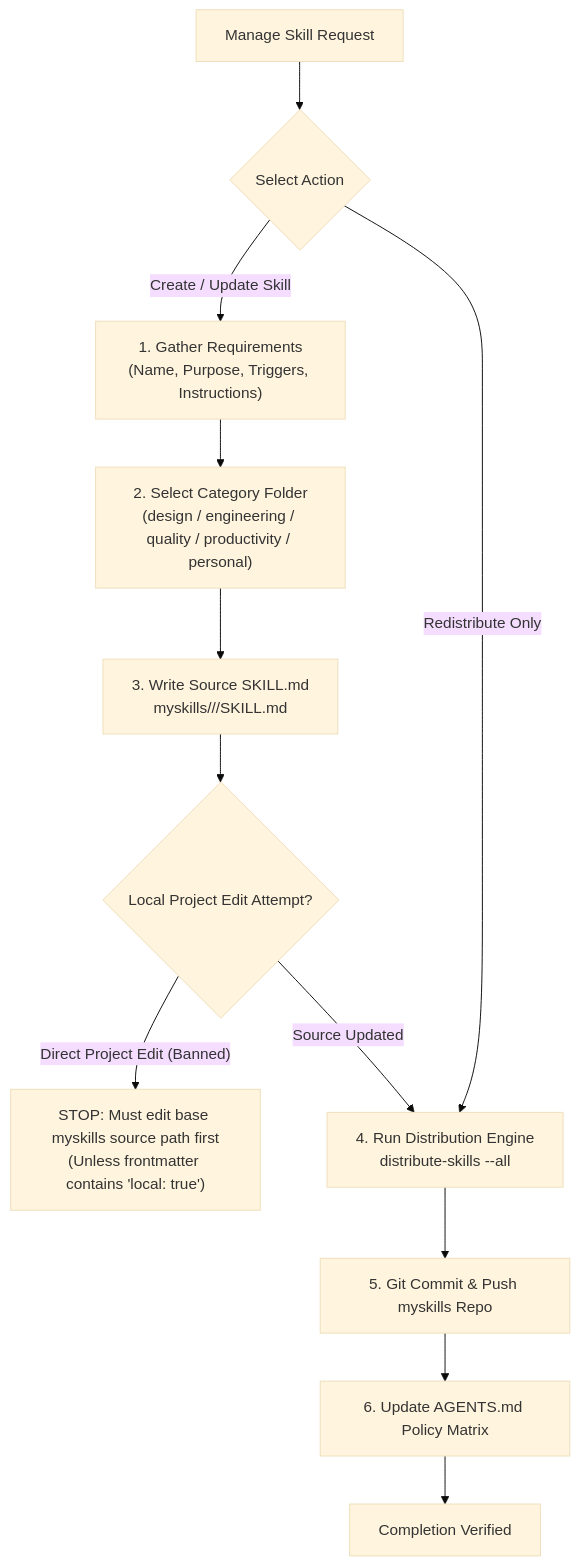
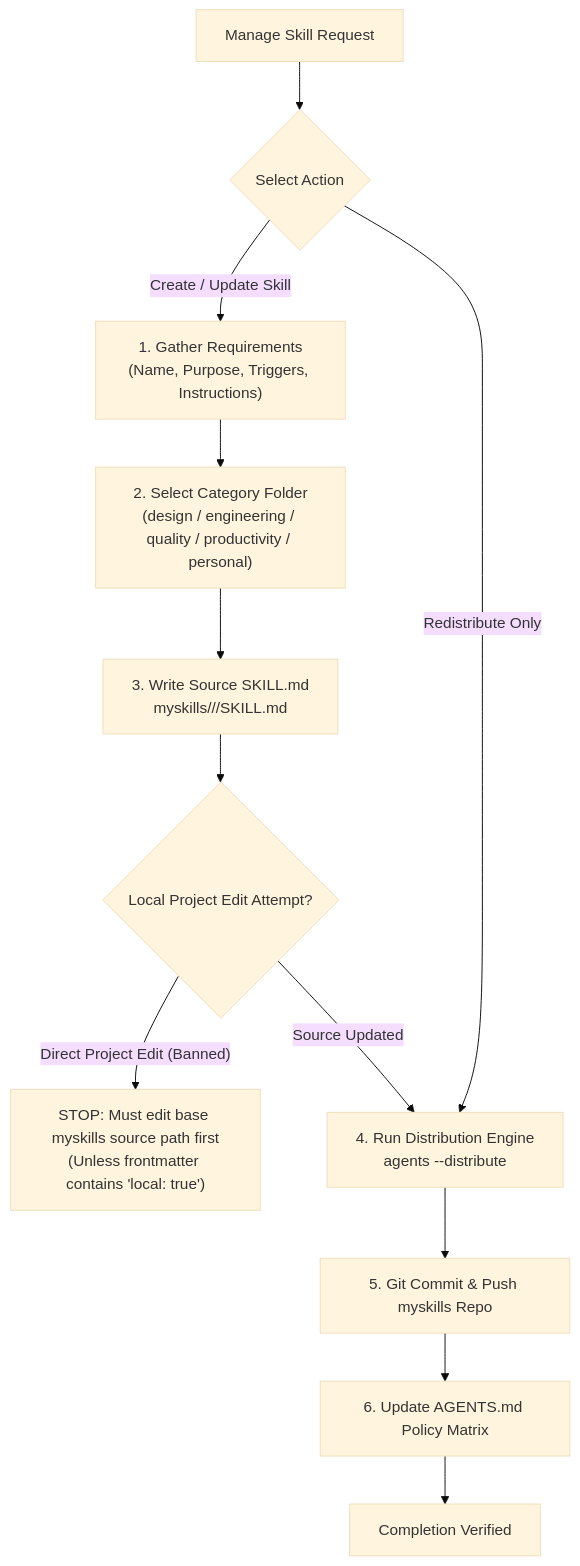
One commit to loerei/myskills changed the diagram in productivity/manage-custom-skills/SKILL.md. Above: the diagram before and after it, drawn with Mermaid (base theme). The commit also changed other lines of this file and 5 other files, not shown here.

````diff
--- a/productivity/manage-custom-skills/SKILL.md
+++ b/productivity/manage-custom-skills/SKILL.md
@@ -14,17 +14,17 @@
 ```mermaid
 flowchart TD
     Start["Manage Skill Request"] --> CheckAction{"Select Action"}
     
     CheckAction -->|"Create / Update Skill"| GatherReq["1. Gather Requirements<br/>(Name, Purpose, Triggers, Instructions)"]
     GatherReq --> PickCat["2. Select Category Folder<br/>(design / engineering / quality / productivity / personal)"]
     PickCat --> WriteSource["3. Write Source SKILL.md<br/>myskills/<category>/<skill-name>/SKILL.md"]
     WriteSource --> CheckLocal{"Local Project Edit Attempt?"}
     CheckLocal -->|"Direct Project Edit (Banned)"| BlockLocal["STOP: Must edit base myskills source path first<br/>(Unless frontmatter contains 'local: true')"]
-    CheckLocal -->|"Source Updated"| Distribute["4. Run Distribution Engine<br/>distribute-skills --all <projects-dir>"]
+    CheckLocal -->|"Source Updated"| Distribute["4. Run Distribution Engine<br/>agents --distribute"]
     
     CheckAction -->|"Redistribute Only"| Distribute
     
     Distribute --> PushGit["5. Git Commit & Push myskills Repo"]
     PushGit --> UpdateMatrix["6. Update AGENTS.md Policy Matrix"]
     UpdateMatrix --> Done["Completion Verified"]
 ```
````
